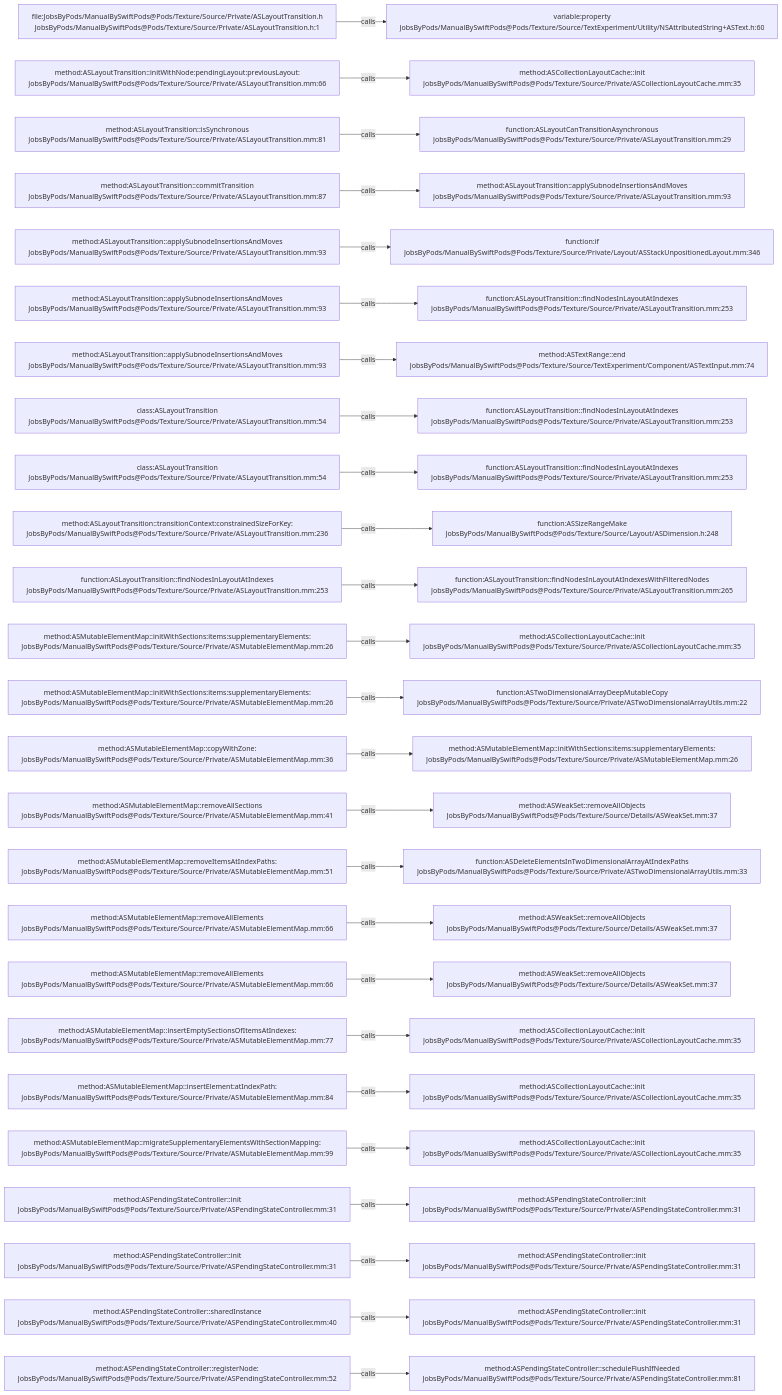
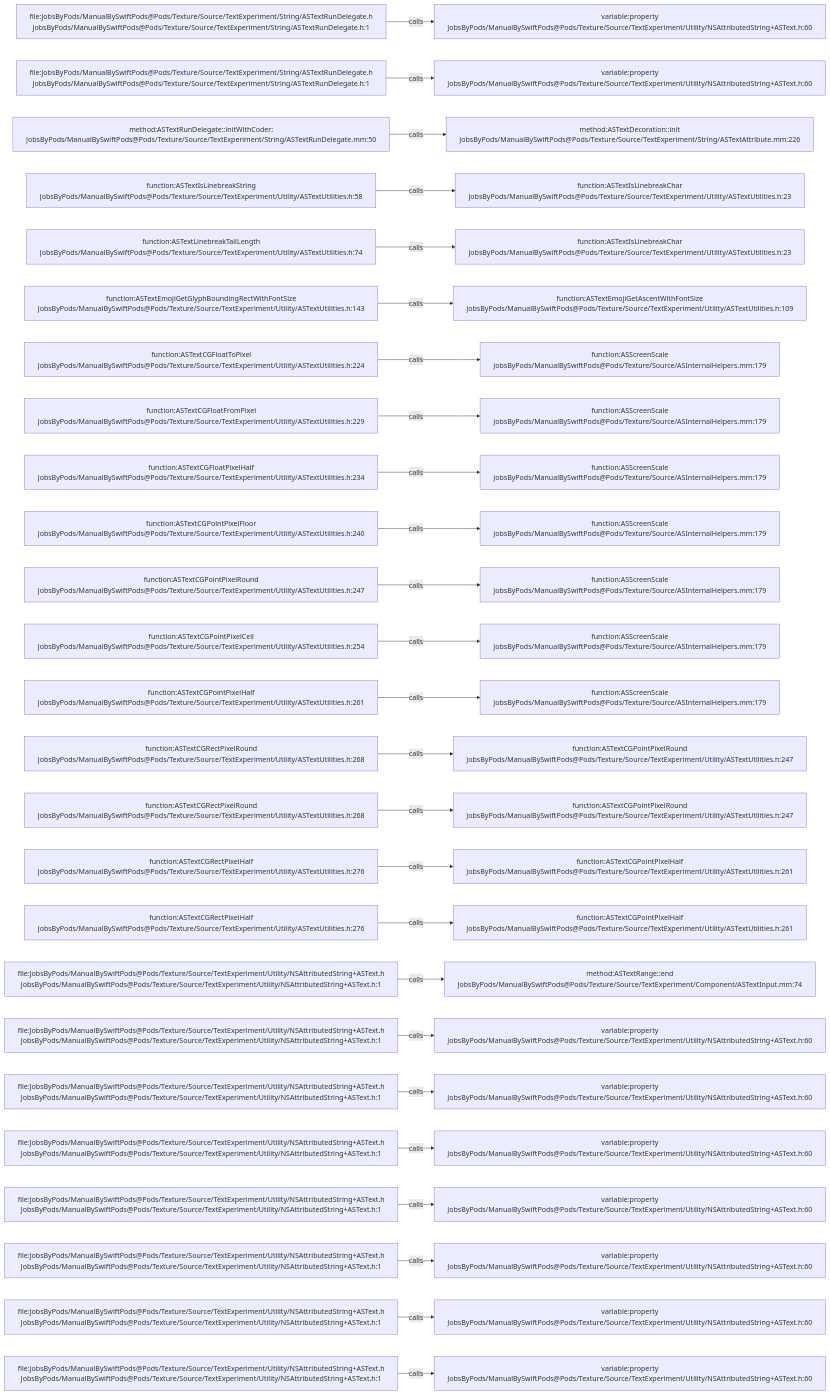
One commit to JobsKits/JobsSwiftBaseConfigDemo changed the diagram in .codegraph/codegraph.md/graphs/calls-140.md. Above: the diagram before and after it, drawn with Mermaid. The commit also changed 832 other files, not shown here.

````diff
--- a/.codegraph/codegraph.md/graphs/calls-140.md
+++ b/.codegraph/codegraph.md/graphs/calls-140.md
@@ -13,78 +13,78 @@
 ```mermaid
 flowchart LR
-  S1["file:JobsByPods/ManualBySwiftPods@Pods/Texture/Source/Private/ASLayoutTransition.h<br/>JobsByPods/ManualBySwiftPods@Pods/Texture/Source/Private/ASLayoutTransition.h:1"]
+  S1["file:JobsByPods/ManualBySwiftPods@Pods/Texture/Source/TextExperiment/String/ASTextRunDelegate.h<br/>JobsByPods/ManualBySwiftPods@Pods/Texture/Source/TextExperiment/String/ASTextRunDelegate.h:1"]
   T1["variable:property<br/>JobsByPods/ManualBySwiftPods@Pods/Texture/Source/TextExperiment/Utility/NSAttributedString+ASText.h:60"]
   S1 -->|calls| T1
-  S2["method:ASLayoutTransition::initWithNode:pendingLayout:previousLayout:<br/>JobsByPods/ManualBySwiftPods@Pods/Texture/Source/Private/ASLayoutTransition.mm:66"]
-  T2["method:ASCollectionLayoutCache::init<br/>JobsByPods/ManualBySwiftPods@Pods/Texture/Source/Private/ASCollectionLayoutCache.mm:35"]
+  S2["file:JobsByPods/ManualBySwiftPods@Pods/Texture/Source/TextExperiment/String/ASTextRunDelegate.h<br/>JobsByPods/ManualBySwiftPods@Pods/Texture/Source/TextExperiment/String/ASTextRunDelegate.h:1"]
+  T2["variable:property<br/>JobsByPods/ManualBySwiftPods@Pods/Texture/Source/TextExperiment/Utility/NSAttributedString+ASText.h:60"]
   S2 -->|calls| T2
-  S3["method:ASLayoutTransition::isSynchronous<br/>JobsByPods/ManualBySwiftPods@Pods/Texture/Source/Private/ASLayoutTransition.mm:81"]
-  T3["function:ASLayoutCanTransitionAsynchronous<br/>JobsByPods/ManualBySwiftPods@Pods/Texture/Source/Private/ASLayoutTransition.mm:29"]
+  S3["method:ASTextRunDelegate::initWithCoder:<br/>JobsByPods/ManualBySwiftPods@Pods/Texture/Source/TextExperiment/String/ASTextRunDelegate.mm:50"]
+  T3["method:ASTextDecoration::init<br/>JobsByPods/ManualBySwiftPods@Pods/Texture/Source/TextExperiment/String/ASTextAttribute.mm:226"]
   S3 -->|calls| T3
-  S4["method:ASLayoutTransition::commitTransition<br/>JobsByPods/ManualBySwiftPods@Pods/Texture/Source/Private/ASLayoutTransition.mm:87"]
-  T4["method:ASLayoutTransition::applySubnodeInsertionsAndMoves<br/>JobsByPods/ManualBySwiftPods@Pods/Texture/Source/Private/ASLayoutTransition.mm:93"]
+  S4["function:ASTextIsLinebreakString<br/>JobsByPods/ManualBySwiftPods@Pods/Texture/Source/TextExperiment/Utility/ASTextUtilities.h:58"]
+  T4["function:ASTextIsLinebreakChar<br/>JobsByPods/ManualBySwiftPods@Pods/Texture/Source/TextExperiment/Utility/ASTextUtilities.h:23"]
   S4 -->|calls| T4
-  S5["method:ASLayoutTransition::applySubnodeInsertionsAndMoves<br/>JobsByPods/ManualBySwiftPods@Pods/Texture/Source/Private/ASLayoutTransition.mm:93"]
-  T5["function:if<br/>JobsByPods/ManualBySwiftPods@Pods/Texture/Source/Private/Layout/ASStackUnpositionedLayout.mm:346"]
+  S5["function:ASTextLinebreakTailLength<br/>JobsByPods/ManualBySwiftPods@Pods/Texture/Source/TextExperiment/Utility/ASTextUtilities.h:74"]
+  T5["function:ASTextIsLinebreakChar<br/>JobsByPods/ManualBySwiftPods@Pods/Texture/Source/TextExperiment/Utility/ASTextUtilities.h:23"]
   S5 -->|calls| T5
-  S6["method:ASLayoutTransition::applySubnodeInsertionsAndMoves<br/>JobsByPods/ManualBySwiftPods@Pods/Texture/Source/Private/ASLayoutTransition.mm:93"]
-  T6["function:ASLayoutTransition::findNodesInLayoutAtIndexes<br/>JobsByPods/ManualBySwiftPods@Pods/Texture/Source/Private/ASLayoutTransition.mm:253"]
+  S6["function:ASTextEmojiGetGlyphBoundingRectWithFontSize<br/>JobsByPods/ManualBySwiftPods@Pods/Texture/Source/TextExperiment/Utility/ASTextUtilities.h:143"]
+  T6["function:ASTextEmojiGetAscentWithFontSize<br/>JobsByPods/ManualBySwiftPods@Pods/Texture/Source/TextExperiment/Utility/ASTextUtilities.h:109"]
   S6 -->|calls| T6
-  S7["method:ASLayoutTransition::applySubnodeInsertionsAndMoves<br/>JobsByPods/ManualBySwiftPods@Pods/Texture/Source/Private/ASLayoutTransition.mm:93"]
-  T7["method:ASTextRange::end<br/>JobsByPods/ManualBySwiftPods@Pods/Texture/Source/TextExperiment/Component/ASTextInput.mm:74"]
+  S7["function:ASTextCGFloatToPixel<br/>JobsByPods/ManualBySwiftPods@Pods/Texture/Source/TextExperiment/Utility/ASTextUtilities.h:224"]
+  T7["function:ASScreenScale<br/>JobsByPods/ManualBySwiftPods@Pods/Texture/Source/ASInternalHelpers.mm:179"]
   S7 -->|calls| T7
-  S8["class:ASLayoutTransition<br/>JobsByPods/ManualBySwiftPods@Pods/Texture/Source/Private/ASLayoutTransition.mm:54"]
-  T8["function:ASLayoutTransition::findNodesInLayoutAtIndexes<br/>JobsByPods/ManualBySwiftPods@Pods/Texture/Source/Private/ASLayoutTransition.mm:253"]
+  S8["function:ASTextCGFloatFromPixel<br/>JobsByPods/ManualBySwiftPods@Pods/Texture/Source/TextExperiment/Utility/ASTextUtilities.h:229"]
+  T8["function:ASScreenScale<br/>JobsByPods/ManualBySwiftPods@Pods/Texture/Source/ASInternalHelpers.mm:179"]
   S8 -->|calls| T8
-  S9["class:ASLayoutTransition<br/>JobsByPods/ManualBySwiftPods@Pods/Texture/Source/Private/ASLayoutTransition.mm:54"]
-  T9["function:ASLayoutTransition::findNodesInLayoutAtIndexes<br/>JobsByPods/ManualBySwiftPods@Pods/Texture/Source/Private/ASLayoutTransition.mm:253"]
+  S9["function:ASTextCGFloatPixelHalf<br/>JobsByPods/ManualBySwiftPods@Pods/Texture/Source/TextExperiment/Utility/ASTextUtilities.h:234"]
+  T9["function:ASScreenScale<br/>JobsByPods/ManualBySwiftPods@Pods/Texture/Source/ASInternalHelpers.mm:179"]
   S9 -->|calls| T9
-  S10["method:ASLayoutTransition::transitionContext:constrainedSizeForKey:<br/>JobsByPods/ManualBySwiftPods@Pods/Texture/Source/Private/ASLayoutTransition.mm:236"]
-  T10["function:ASSizeRangeMake<br/>JobsByPods/ManualBySwiftPods@Pods/Texture/Source/Layout/ASDimension.h:248"]
+  S10["function:ASTextCGPointPixelFloor<br/>JobsByPods/ManualBySwiftPods@Pods/Texture/Source/TextExperiment/Utility/ASTextUtilities.h:240"]
+  T10["function:ASScreenScale<br/>JobsByPods/ManualBySwiftPods@Pods/Texture/Source/ASInternalHelpers.mm:179"]
   S10 -->|calls| T10
-  S11["function:ASLayoutTransition::findNodesInLayoutAtIndexes<br/>JobsByPods/ManualBySwiftPods@Pods/Texture/Source/Private/ASLayoutTransition.mm:253"]
-  T11["function:ASLayoutTransition::findNodesInLayoutAtIndexesWithFilteredNodes<br/>JobsByPods/ManualBySwiftPods@Pods/Texture/Source/Private/ASLayoutTransition.mm:265"]
+  S11["function:ASTextCGPointPixelRound<br/>JobsByPods/ManualBySwiftPods@Pods/Texture/Source/TextExperiment/Utility/ASTextUtilities.h:247"]
+  T11["function:ASScreenScale<br/>JobsByPods/ManualBySwiftPods@Pods/Texture/Source/ASInternalHelpers.mm:179"]
   S11 -->|calls| T11
-  S12["method:ASMutableElementMap::initWithSections:items:supplementaryElements:<br/>JobsByPods/ManualBySwiftPods@Pods/Texture/Source/Private/ASMutableElementMap.mm:26"]
-  T12["method:ASCollectionLayoutCache::init<br/>JobsByPods/ManualBySwiftPods@Pods/Texture/Source/Private/ASCollectionLayoutCache.mm:35"]
+  S12["function:ASTextCGPointPixelCeil<br/>JobsByPods/ManualBySwiftPods@Pods/Texture/Source/TextExperiment/Utility/ASTextUtilities.h:254"]
+  T12["function:ASScreenScale<br/>JobsByPods/ManualBySwiftPods@Pods/Texture/Source/ASInternalHelpers.mm:179"]
   S12 -->|calls| T12
-  S13["method:ASMutableElementMap::initWithSections:items:supplementaryElements:<br/>JobsByPods/ManualBySwiftPods@Pods/Texture/Source/Private/ASMutableElementMap.mm:26"]
-  T13["function:ASTwoDimensionalArrayDeepMutableCopy<br/>JobsByPods/ManualBySwiftPods@Pods/Texture/Source/Private/ASTwoDimensionalArrayUtils.mm:22"]
+  S13["function:ASTextCGPointPixelHalf<br/>JobsByPods/ManualBySwiftPods@Pods/Texture/Source/TextExperiment/Utility/ASTextUtilities.h:261"]
+  T13["function:ASScreenScale<br/>JobsByPods/ManualBySwiftPods@Pods/Texture/Source/ASInternalHelpers.mm:179"]
   S13 -->|calls| T13
-  S14["method:ASMutableElementMap::copyWithZone:<br/>JobsByPods/ManualBySwiftPods@Pods/Texture/Source/Private/ASMutableElementMap.mm:36"]
-  T14["method:ASMutableElementMap::initWithSections:items:supplementaryElements:<br/>JobsByPods/ManualBySwiftPods@Pods/Texture/Source/Private/ASMutableElementMap.mm:26"]
+  S14["function:ASTextCGRectPixelRound<br/>JobsByPods/ManualBySwiftPods@Pods/Texture/Source/TextExperiment/Utility/ASTextUtilities.h:268"]
+  T14["function:ASTextCGPointPixelRound<br/>JobsByPods/ManualBySwiftPods@Pods/Texture/Source/TextExperiment/Utility/ASTextUtilities.h:247"]
   S14 -->|calls| T14
-  S15["method:ASMutableElementMap::removeAllSections<br/>JobsByPods/ManualBySwiftPods@Pods/Texture/Source/Private/ASMutableElementMap.mm:41"]
-  T15["method:ASWeakSet::removeAllObjects<br/>JobsByPods/ManualBySwiftPods@Pods/Texture/Source/Details/ASWeakSet.mm:37"]
+  S15["function:ASTextCGRectPixelRound<br/>JobsByPods/ManualBySwiftPods@Pods/Texture/Source/TextExperiment/Utility/ASTextUtilities.h:268"]
+  T15["function:ASTextCGPointPixelRound<br/>JobsByPods/ManualBySwiftPods@Pods/Texture/Source/TextExperiment/Utility/ASTextUtilities.h:247"]
   S15 -->|calls| T15
-  S16["method:ASMutableElementMap::removeItemsAtIndexPaths:<br/>JobsByPods/ManualBySwiftPods@Pods/Texture/Source/Private/ASMutableElementMap.mm:51"]
-  T16["function:ASDeleteElementsInTwoDimensionalArrayAtIndexPaths<br/>JobsByPods/ManualBySwiftPods@Pods/Texture/Source/Private/ASTwoDimensionalArrayUtils.mm:33"]
+  S16["function:ASTextCGRectPixelHalf<br/>JobsByPods/ManualBySwiftPods@Pods/Texture/Source/TextExperiment/Utility/ASTextUtilities.h:276"]
+  T16["function:ASTextCGPointPixelHalf<br/>JobsByPods/ManualBySwiftPods@Pods/Texture/Source/TextExperiment/Utility/ASTextUtilities.h:261"]
   S16 -->|calls| T16
-  S17["method:ASMutableElementMap::removeAllElements<br/>JobsByPods/ManualBySwiftPods@Pods/Texture/Source/Private/ASMutableElementMap.mm:66"]
-  T17["method:ASWeakSet::removeAllObjects<br/>JobsByPods/ManualBySwiftPods@Pods/Texture/Source/Details/ASWeakSet.mm:37"]
+  S17["function:ASTextCGRectPixelHalf<br/>JobsByPods/ManualBySwiftPods@Pods/Texture/Source/TextExperiment/Utility/ASTextUtilities.h:276"]
+  T17["function:ASTextCGPointPixelHalf<br/>JobsByPods/ManualBySwiftPods@Pods/Texture/Source/TextExperiment/Utility/ASTextUtilities.h:261"]
   S17 -->|calls| T17
-  S18["method:ASMutableElementMap::removeAllElements<br/>JobsByPods/ManualBySwiftPods@Pods/Texture/Source/Private/ASMutableElementMap.mm:66"]
-  T18["method:ASWeakSet::removeAllObjects<br/>JobsByPods/ManualBySwiftPods@Pods/Texture/Source/Details/ASWeakSet.mm:37"]
+  S18["file:JobsByPods/ManualBySwiftPods@Pods/Texture/Source/TextExperiment/Utility/NSAttributedString+ASText.h<br/>JobsByPods/ManualBySwiftPods@Pods/Texture/Source/TextExperiment/Utility/NSAttributedString+ASText.h:1"]
+  T18["method:ASTextRange::end<br/>JobsByPods/ManualBySwiftPods@Pods/Texture/Source/TextExperiment/Component/ASTextInput.mm:74"]
   S18 -->|calls| T18
-  S19["method:ASMutableElementMap::insertEmptySectionsOfItemsAtIndexes:<br/>JobsByPods/ManualBySwiftPods@Pods/Texture/Source/Private/ASMutableElementMap.mm:77"]
-  T19["method:ASCollectionLayoutCache::init<br/>JobsByPods/ManualBySwiftPods@Pods/Texture/Source/Private/ASCollectionLayoutCache.mm:35"]
+  S19["file:JobsByPods/ManualBySwiftPods@Pods/Texture/Source/TextExperiment/Utility/NSAttributedString+ASText.h<br/>JobsByPods/ManualBySwiftPods@Pods/Texture/Source/TextExperiment/Utility/NSAttributedString+ASText.h:1"]
+  T19["variable:property<br/>JobsByPods/ManualBySwiftPods@Pods/Texture/Source/TextExperiment/Utility/NSAttributedString+ASText.h:60"]
   S19 -->|calls| T19
-  S20["method:ASMutableElementMap::insertElement:atIndexPath:<br/>JobsByPods/ManualBySwiftPods@Pods/Texture/Source/Private/ASMutableElementMap.mm:84"]
-  T20["method:ASCollectionLayoutCache::init<br/>JobsByPods/ManualBySwiftPods@Pods/Texture/Source/Private/ASCollectionLayoutCache.mm:35"]
+  S20["file:JobsByPods/ManualBySwiftPods@Pods/Texture/Source/TextExperiment/Utility/NSAttributedString+ASText.h<br/>JobsByPods/ManualBySwiftPods@Pods/Texture/Source/TextExperiment/Utility/NSAttributedString+ASText.h:1"]
+  T20["variable:property<br/>JobsByPods/ManualBySwiftPods@Pods/Texture/Source/TextExperiment/Utility/NSAttributedString+ASText.h:60"]
   S20 -->|calls| T20
-  S21["method:ASMutableElementMap::migrateSupplementaryElementsWithSectionMapping:<br/>JobsByPods/ManualBySwiftPods@Pods/Texture/Source/Private/ASMutableElementMap.mm:99"]
-  T21["method:ASCollectionLayoutCache::init<br/>JobsByPods/ManualBySwiftPods@Pods/Texture/Source/Private/ASCollectionLayoutCache.mm:35"]
+  S21["file:JobsByPods/ManualBySwiftPods@Pods/Texture/Source/TextExperiment/Utility/NSAttributedString+ASText.h<br/>JobsByPods/ManualBySwiftPods@Pods/Texture/Source/TextExperiment/Utility/NSAttributedString+ASText.h:1"]
+  T21["variable:property<br/>JobsByPods/ManualBySwiftPods@Pods/Texture/Source/TextExperiment/Utility/NSAttributedString+ASText.h:60"]
   S21 -->|calls| T21
-  S22["method:ASPendingStateController::init<br/>JobsByPods/ManualBySwiftPods@Pods/Texture/Source/Private/ASPendingStateController.mm:31"]
-  T22["method:ASPendingStateController::init<br/>JobsByPods/ManualBySwiftPods@Pods/Texture/Source/Private/ASPendingStateController.mm:31"]
+  S22["file:JobsByPods/ManualBySwiftPods@Pods/Texture/Source/TextExperiment/Utility/NSAttributedString+ASText.h<br/>JobsByPods/ManualBySwiftPods@Pods/Texture/Source/TextExperiment/Utility/NSAttributedString+ASText.h:1"]
+  T22["variable:property<br/>JobsByPods/ManualBySwiftPods@Pods/Texture/Source/TextExperiment/Utility/NSAttributedString+ASText.h:60"]
   S22 -->|calls| T22
-  S23["method:ASPendingStateController::init<br/>JobsByPods/ManualBySwiftPods@Pods/Texture/Source/Private/ASPendingStateController.mm:31"]
-  T23["method:ASPendingStateController::init<br/>JobsByPods/ManualBySwiftPods@Pods/Texture/Source/Private/ASPendingStateController.mm:31"]
+  S23["file:JobsByPods/ManualBySwiftPods@Pods/Texture/Source/TextExperiment/Utility/NSAttributedString+ASText.h<br/>JobsByPods/ManualBySwiftPods@Pods/Texture/Source/TextExperiment/Utility/NSAttributedString+ASText.h:1"]
+  T23["variable:property<br/>JobsByPods/ManualBySwiftPods@Pods/Texture/Source/TextExperiment/Utility/NSAttributedString+ASText.h:60"]
   S23 -->|calls| T23
-  S24["method:ASPendingStateController::sharedInstance<br/>JobsByPods/ManualBySwiftPods@Pods/Texture/Source/Private/ASPendingStateController.mm:40"]
-  T24["method:ASPendingStateController::init<br/>JobsByPods/ManualBySwiftPods@Pods/Texture/Source/Private/ASPendingStateController.mm:31"]
+  S24["file:JobsByPods/ManualBySwiftPods@Pods/Texture/Source/TextExperiment/Utility/NSAttributedString+ASText.h<br/>JobsByPods/ManualBySwiftPods@Pods/Texture/Source/TextExperiment/Utility/NSAttributedString+ASText.h:1"]
+  T24["variable:property<br/>JobsByPods/ManualBySwiftPods@Pods/Texture/Source/TextExperiment/Utility/NSAttributedString+ASText.h:60"]
   S24 -->|calls| T24
-  S25["method:ASPendingStateController::registerNode:<br/>JobsByPods/ManualBySwiftPods@Pods/Texture/Source/Private/ASPendingStateController.mm:52"]
-  T25["method:ASPendingStateController::scheduleFlushIfNeeded<br/>JobsByPods/ManualBySwiftPods@Pods/Texture/Source/Private/ASPendingStateController.mm:81"]
+  S25["file:JobsByPods/ManualBySwiftPods@Pods/Texture/Source/TextExperiment/Utility/NSAttributedString+ASText.h<br/>JobsByPods/ManualBySwiftPods@Pods/Texture/Source/TextExperiment/Utility/NSAttributedString+ASText.h:1"]
+  T25["variable:property<br/>JobsByPods/ManualBySwiftPods@Pods/Texture/Source/TextExperiment/Utility/NSAttributedString+ASText.h:60"]
   S25 -->|calls| T25
 ```
````
